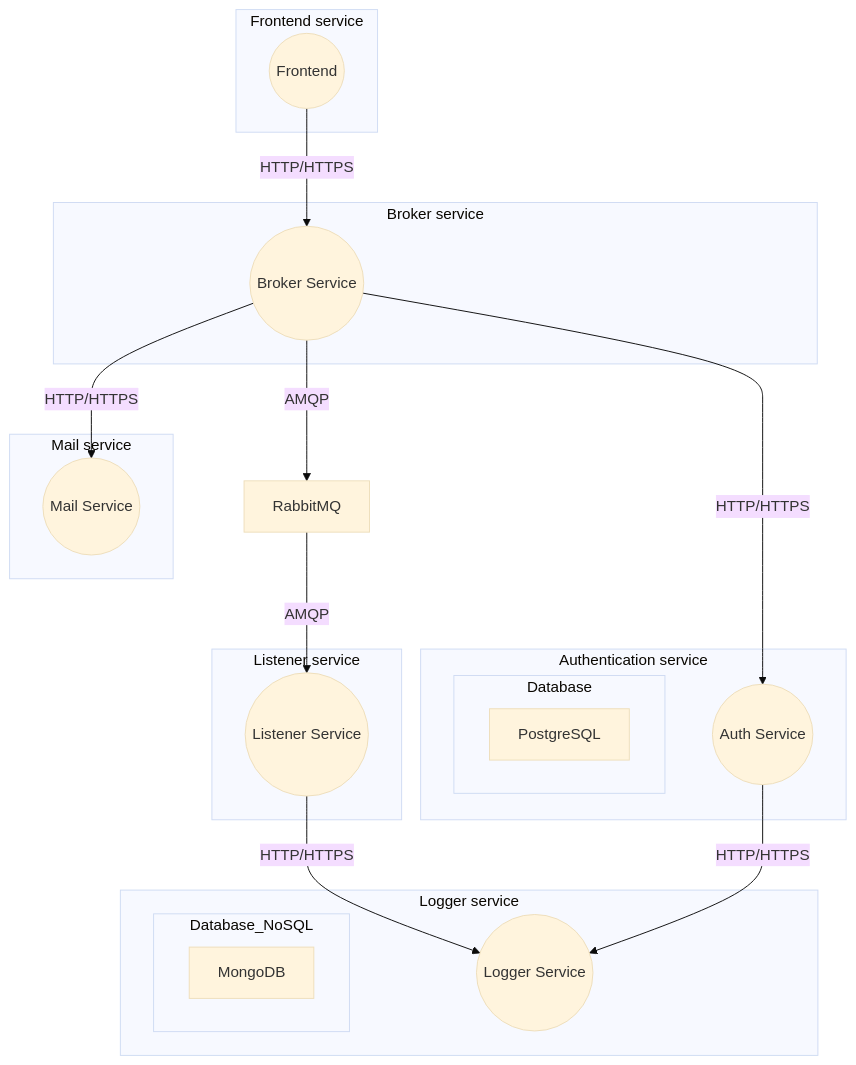
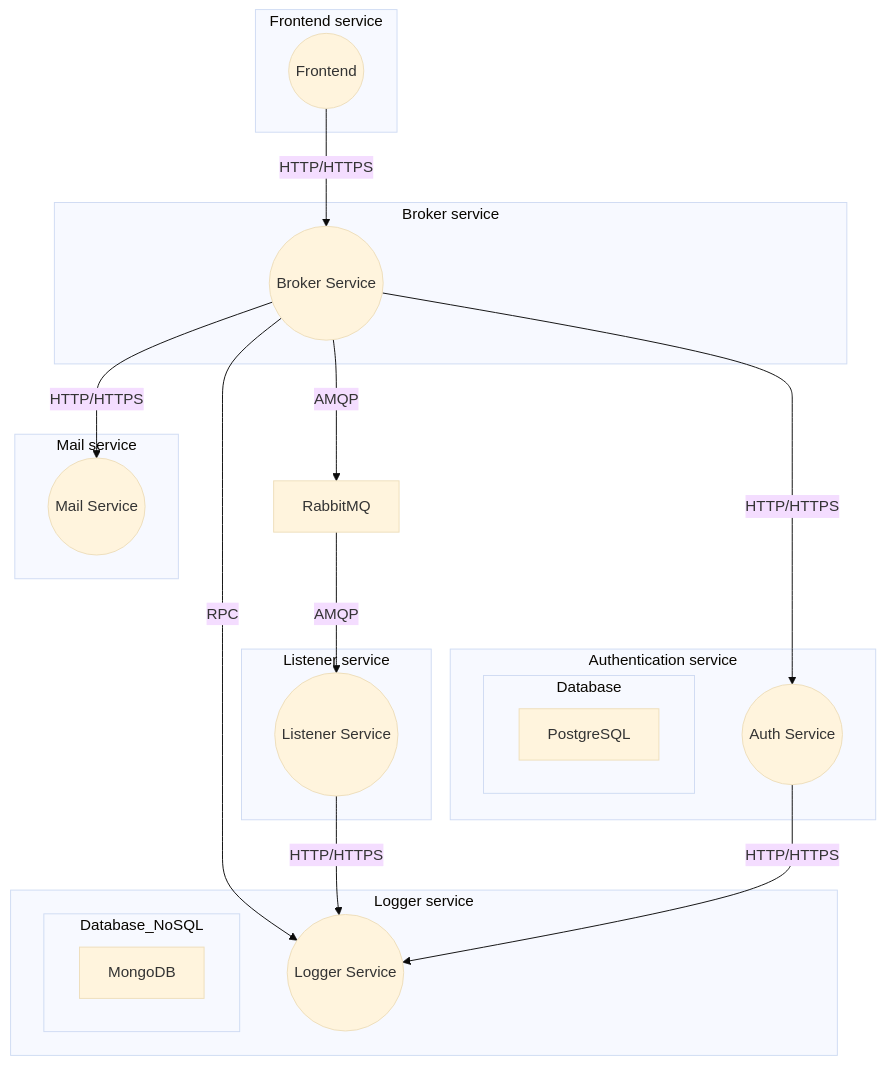
Before and after one commit to konstantin-evo/microservices-in-go: the diagram in readme.md, drawn with Mermaid (base theme). The commit also changed other lines of this file, not shown here.

````diff
--- a/readme.md
+++ b/readme.md
@@ -120,45 +120,45 @@
 ```mermaid
-
 graph TD
     subgraph Frontend service
         Frontend((Frontend))
     end
 
     subgraph Broker service
         Broker((Broker Service))
     end
 
     subgraph Authentication service
         Auth((Auth Service))
         Database
     end
 
     subgraph Logger service
         Logger((Logger Service))
         Database_NoSQL
     end
 
     subgraph Mail service
         Mail((Mail Service))
     end
 
     subgraph Listener service
         Listener((Listener Service))
     end
 
     subgraph Database
         PostgreSQL
     end
 
     subgraph Database_NoSQL
         MongoDB
     end
 
     Frontend -- HTTP/HTTPS --> Broker
     Broker -- HTTP/HTTPS --> Auth
     Broker -- HTTP/HTTPS --> Mail
     Broker -- AMQP --> RabbitMQ
+    Broker -- RPC --> Logger
     RabbitMQ -- AMQP --> Listener
     Listener -- HTTP/HTTPS --> Logger
     Auth -- HTTP/HTTPS --> Logger
 ```
````
